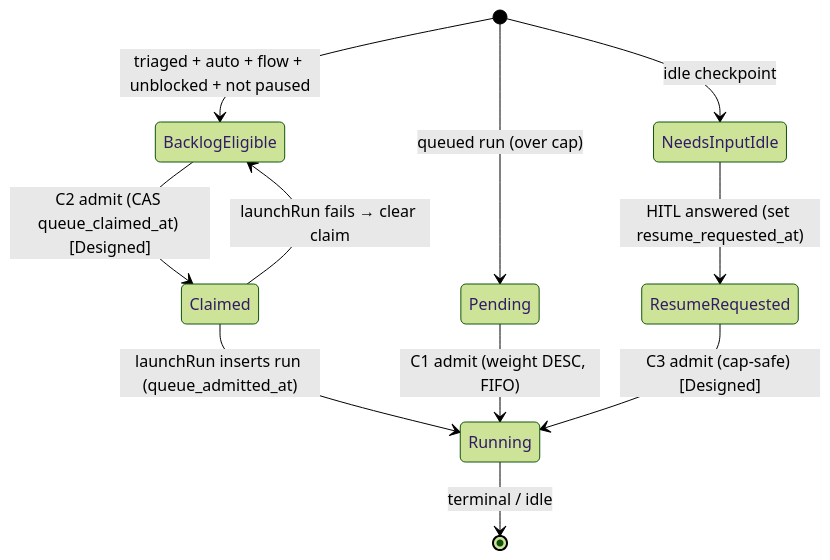
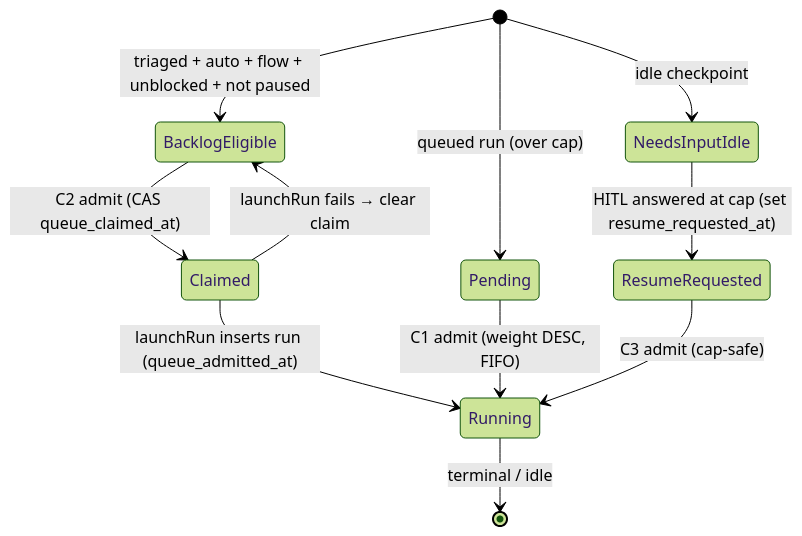
The first of 2 diagrams in docs/system-analytics/task-queue.md (maister-dev/maister), drawn with Mermaid (forest theme) before and after one commit. The commit also changed other lines of this file and 8 other files, not shown here.

````diff
--- a/docs/system-analytics/task-queue.md
+++ b/docs/system-analytics/task-queue.md
@@ -43,13 +44,13 @@
 ```mermaid
 stateDiagram-v2
     [*] --> BacklogEligible: triaged + auto + flow + unblocked + not paused
-    BacklogEligible --> Claimed: C2 admit (CAS queue_claimed_at) [Designed]
+    BacklogEligible --> Claimed: C2 admit (CAS queue_claimed_at)
     Claimed --> Running: launchRun inserts run (queue_admitted_at)
     Claimed --> BacklogEligible: launchRun fails → clear claim
     [*] --> Pending: queued run (over cap)
     Pending --> Running: C1 admit (weight DESC, FIFO)
     [*] --> NeedsInputIdle: idle checkpoint
-    NeedsInputIdle --> ResumeRequested: HITL answered (set resume_requested_at)
-    ResumeRequested --> Running: C3 admit (cap-safe) [Designed]
+    NeedsInputIdle --> ResumeRequested: HITL answered at cap (set resume_requested_at)
+    ResumeRequested --> Running: C3 admit (cap-safe)
     Running --> [*]: terminal / idle
 ```
````
